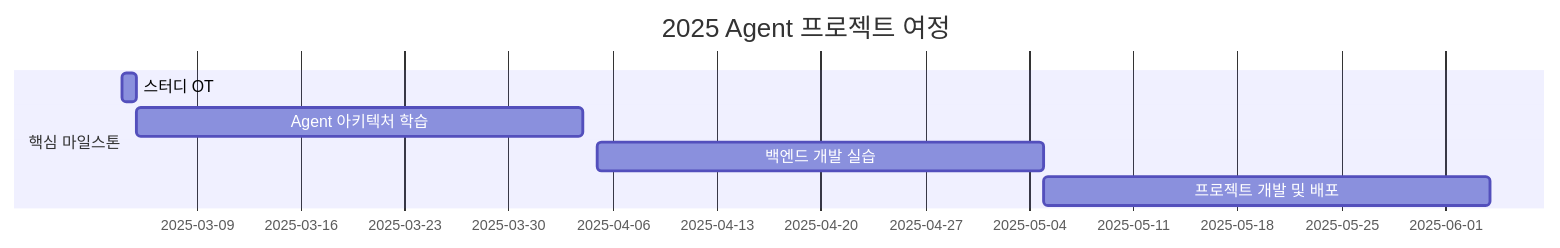
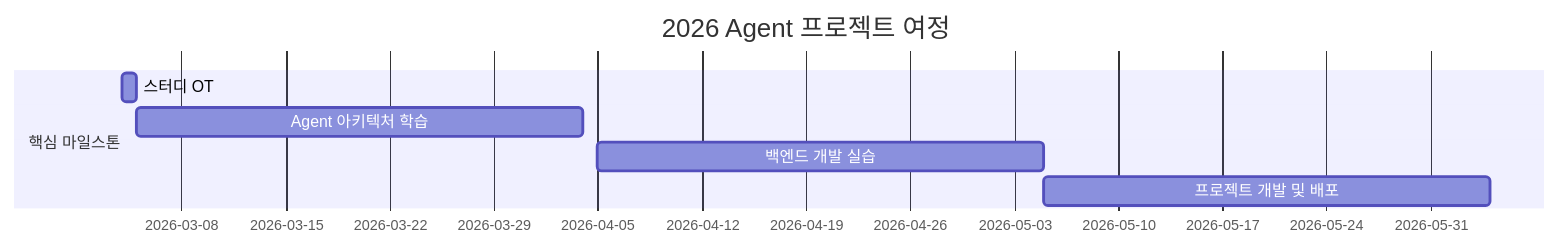
Before and after one commit to hyeonky0w0/AI-Application: the diagram in README.md, drawn with Mermaid. The commit also changed other lines of this file, not shown here.

````diff
--- a/README.md
+++ b/README.md
@@ -100,9 +65,9 @@
 ```mermaid
 gantt
-    title 2025 Agent 프로젝트 여정
+    title 2026 Agent 프로젝트 여정
     section 핵심 마일스톤
-    스터디 OT       :2025-03-04, 1d
-    Agent 아키텍처 학습       :2025-03-05, 30d
-    백엔드 개발 실습        :2025-04-05, 30d
-    프로젝트 개발 및 배포   :2025-05-05, 30d
+    스터디 OT       :2026-03-04, 1d
+    Agent 아키텍처 학습       :2026-03-05, 30d
+    백엔드 개발 실습        :2026-04-05, 30d
+    프로젝트 개발 및 배포   :2026-05-05, 30d
 ```
````
